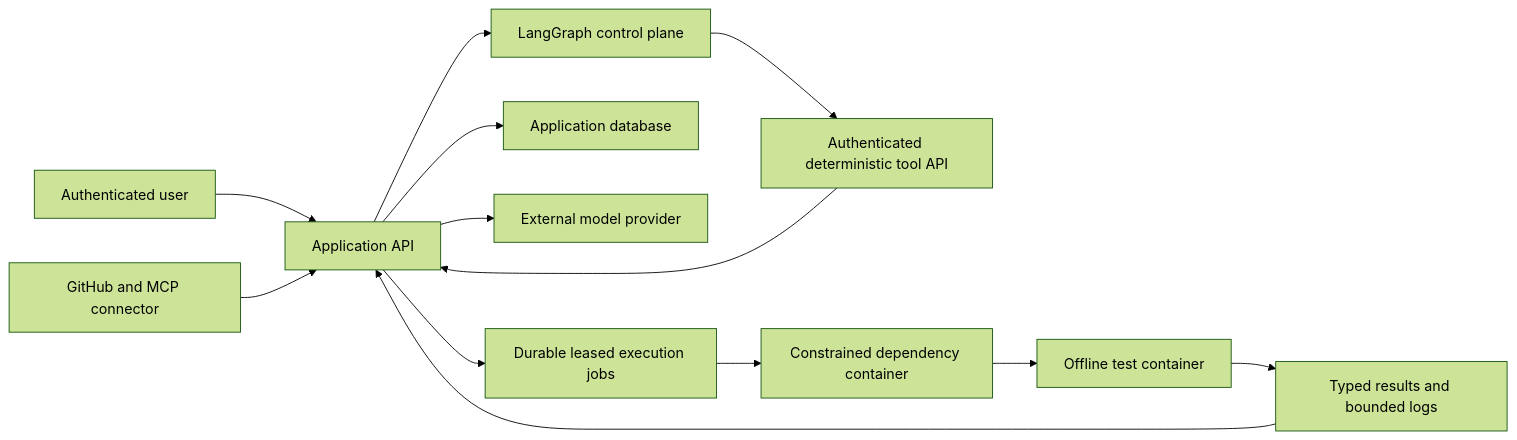
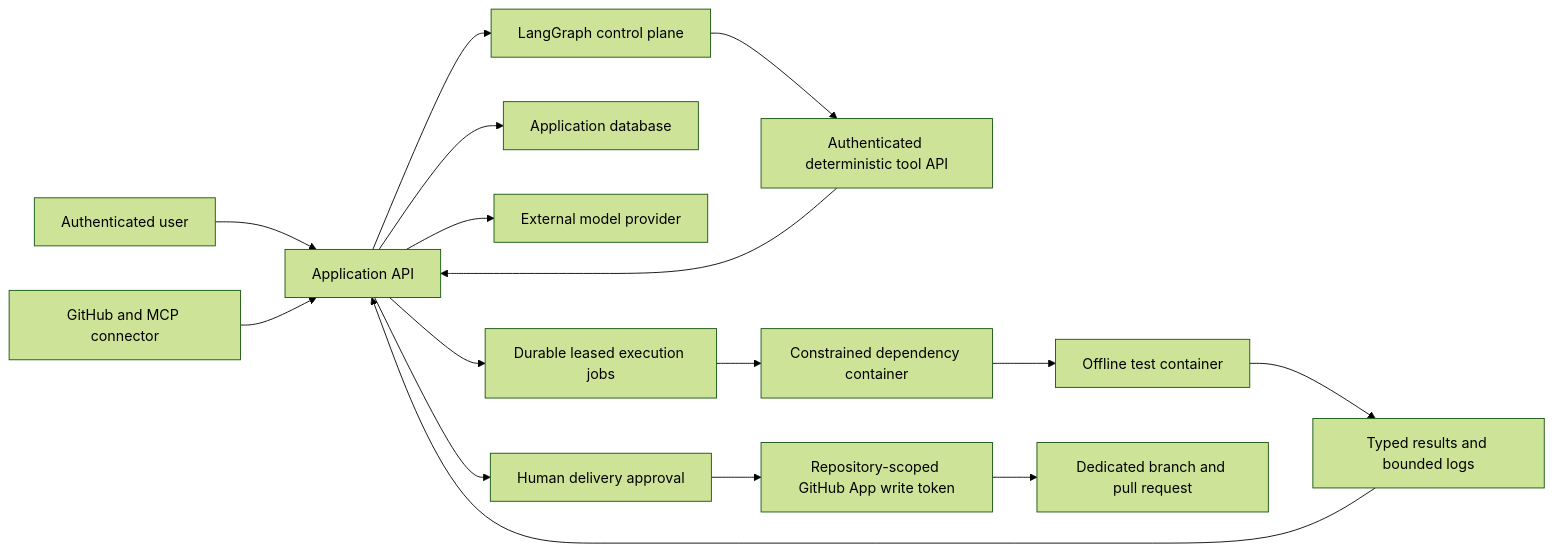
One commit to adipise5/TestPilot- changed the diagram in docs/THREAT_MODEL.md. Above: the diagram before and after it, drawn with Mermaid (forest theme). The commit also changed other lines of this file and 49 other files, not shown here.

````diff
--- a/docs/THREAT_MODEL.md
+++ b/docs/THREAT_MODEL.md
@@ -15,15 +15,18 @@
 ```mermaid
 flowchart LR
     USER["Authenticated user"] --> API["Application API"]
     GH["GitHub and MCP connector"] --> API
     API --> GRAPH["LangGraph control plane"]
     GRAPH --> TOOLS["Authenticated deterministic tool API"]
     TOOLS --> API
     API --> DB["Application database"]
     API --> MODEL["External model provider"]
     API --> QUEUE["Durable leased execution jobs"]
     QUEUE --> WORKER["Constrained dependency container"]
     WORKER --> OFFLINE["Offline test container"]
     OFFLINE --> OUT["Typed results and bounded logs"]
     OUT --> API
+    API --> REVIEW["Human delivery approval"]
+    REVIEW --> WRITE["Repository-scoped GitHub App write token"]
+    WRITE --> PR["Dedicated branch and pull request"]
 ```
````
